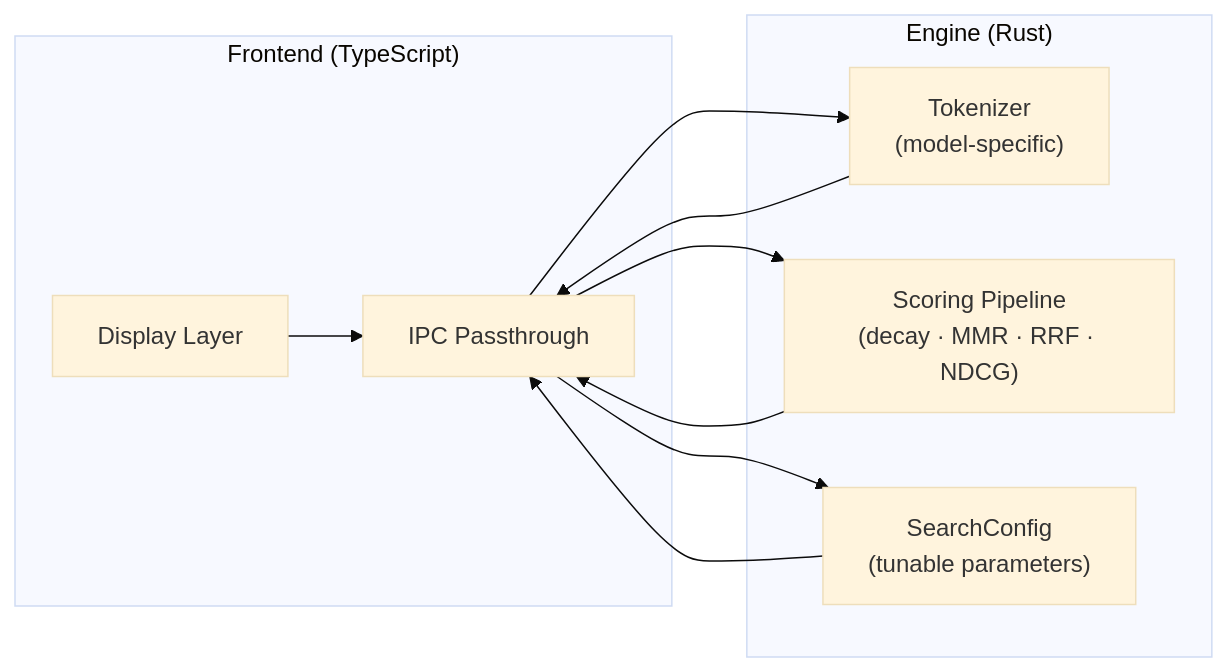
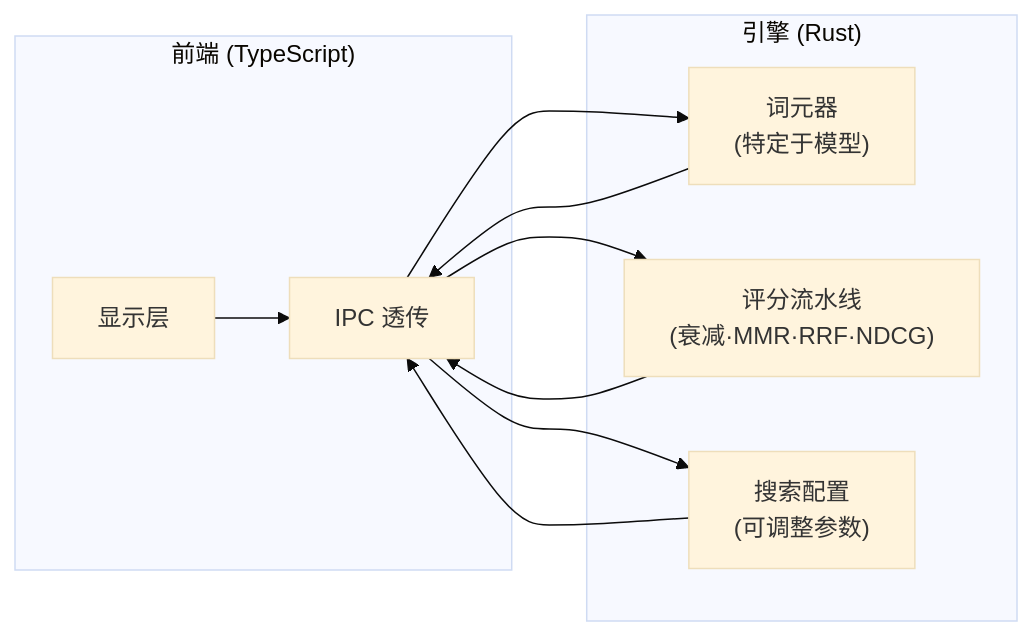
Before and after one commit to WeiLinCool/openpawz: diagram 19 of 20 in docs/research/zh/engram.md, drawn with Mermaid (base theme). The commit also changed other lines of this file and 7 other files, not shown here.

````diff
--- a/docs/research/zh/engram.md
+++ b/docs/research/zh/engram.md
@@ -1709,19 +1708,19 @@
 ```mermaid
 flowchart LR
-    subgraph "Frontend (TypeScript)"
-        UI["Display Layer"]
-        IPC["IPC Passthrough"]
+    subgraph "前端 (TypeScript)"
+        UI["显示层"]
+        IPC["IPC 透传"]
     end
-    subgraph "Engine (Rust)"
-        TOK["Tokenizer<br/>(model-specific)"]
-        SCORE["Scoring Pipeline<br/>(decay · MMR · RRF · NDCG)"]
-        CONFIG["SearchConfig<br/>(tunable parameters)"]
+    subgraph "引擎 (Rust)"
+        TOK["词元器<br/>(特定于模型)"]
+        SCORE["评分流水线<br/>(衰减·MMR·RRF·NDCG)"]
+        CONFIG["搜索配置<br/>(可调整参数)"]
     end
     UI --> IPC
     IPC --> TOK
     IPC --> SCORE
     IPC --> CONFIG
     TOK --> IPC
     SCORE --> IPC
     CONFIG --> IPC
 ```
````
